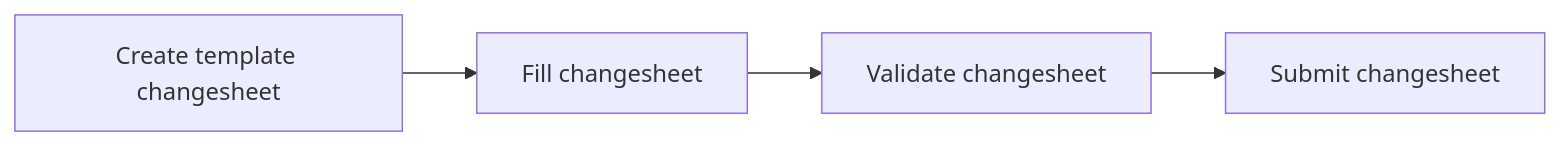
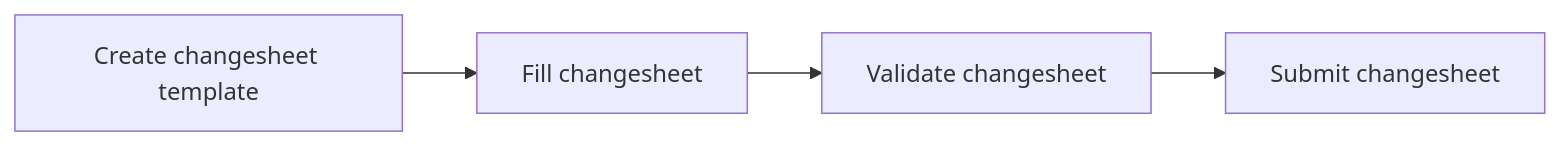
The diagram in docs/howto-guides/author-changesheets.md (microbiomedata/nmdc-runtime), drawn with Mermaid before and after one commit. The commit also changed other lines of this file, not shown here.

````diff
--- a/docs/howto-guides/author-changesheets.md
+++ b/docs/howto-guides/author-changesheets.md
@@ -13,6 +22,6 @@
 ```mermaid
 flowchart LR;
-    A[Create template changesheet] --> B[Fill changesheet];
+    A[Create changesheet template] --> B[Fill changesheet];
     B --> C[Validate changesheet];
     C --> D[Submit changesheet];
 ```
````
